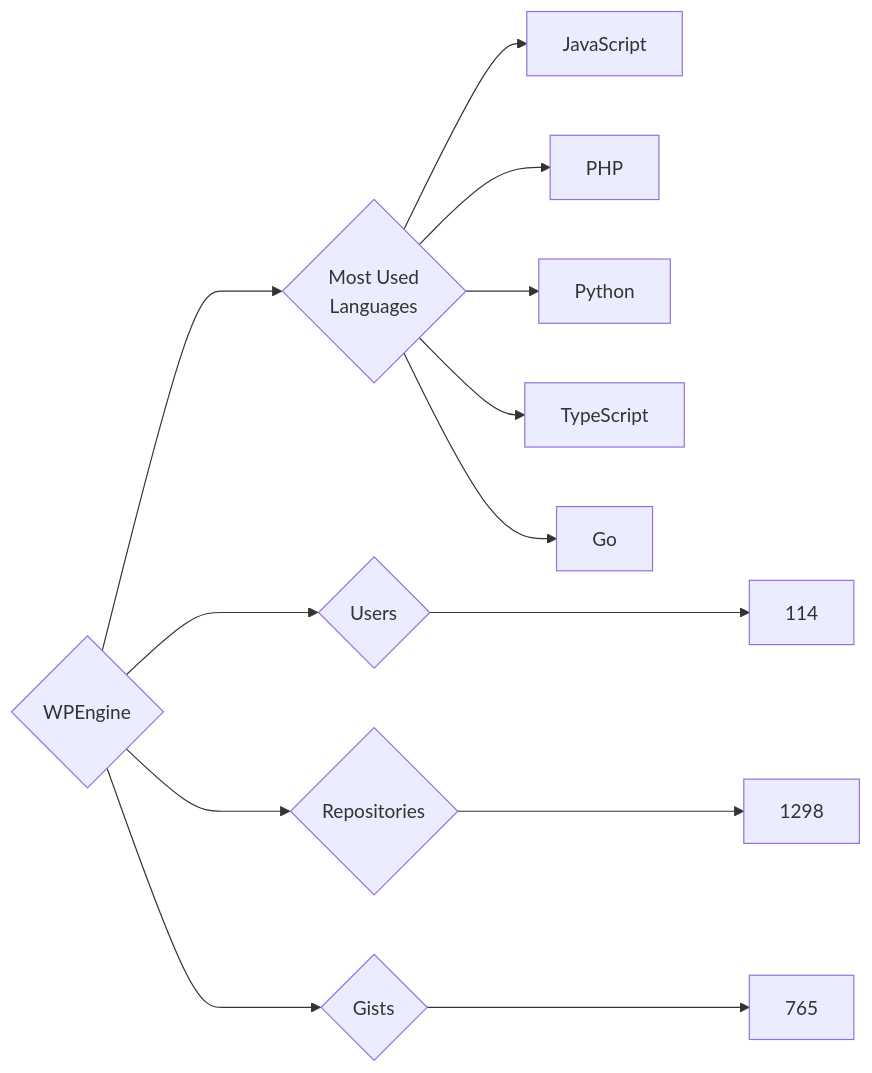
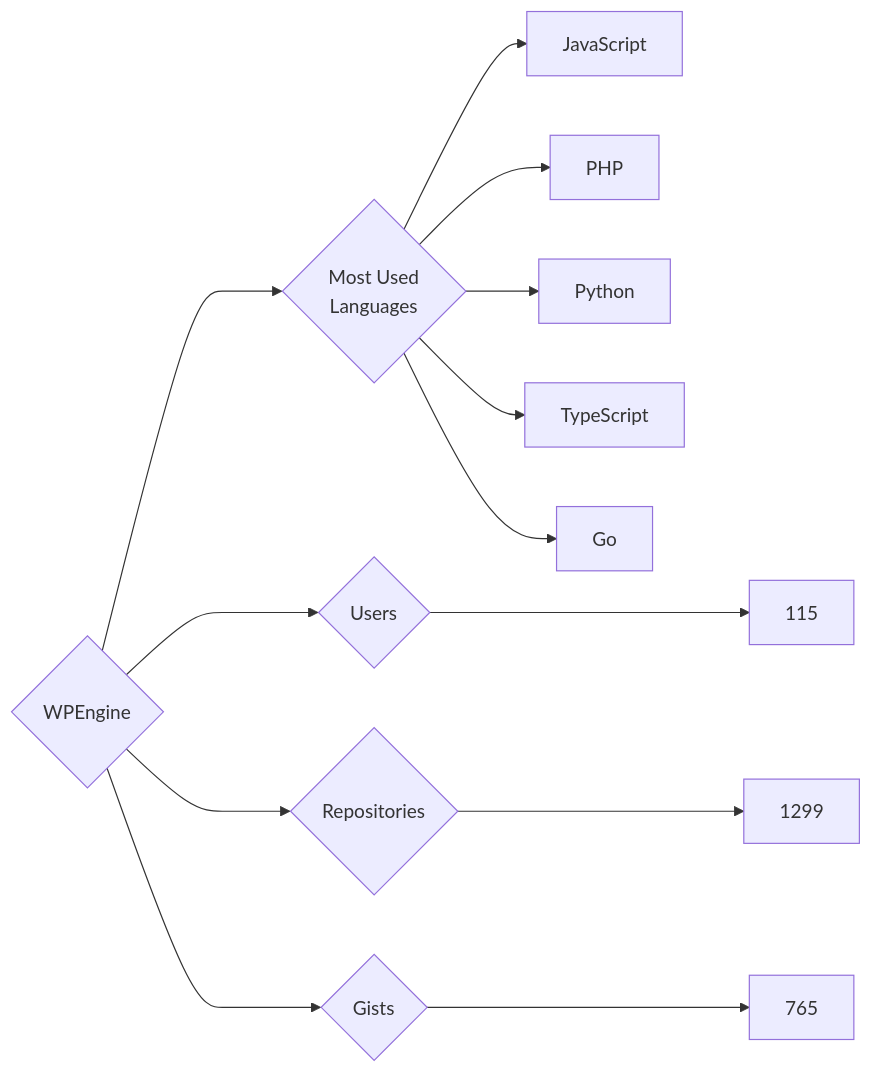
One commit to trickest/insiders changed the diagram in targets/WPEngine/README.md. Above: the diagram before and after it, drawn with Mermaid. The commit also changed 682 other files, not shown here.

````diff
--- a/targets/WPEngine/README.md
+++ b/targets/WPEngine/README.md
@@ -3,13 +3,13 @@
 ```mermaid
 graph LR
 COMPANY_NAME{WPEngine}
-COMPANY_NAME ---> U{Users} ---> UN[114]
-COMPANY_NAME ---> R{Repositories} ---> RN[1298]
+COMPANY_NAME ---> U{Users} ---> UN[115]
+COMPANY_NAME ---> R{Repositories} ---> RN[1299]
 COMPANY_NAME ---> G{Gists} ---> GN[765]
 COMPANY_NAME ---> ML{Most Used<br>Languages}
 ML --> JavaScript[JavaScript]
 ML --> PHP[PHP]
 ML --> Python[Python]
 ML --> TypeScript[TypeScript]
 ML --> Go[Go]
 ```
````
